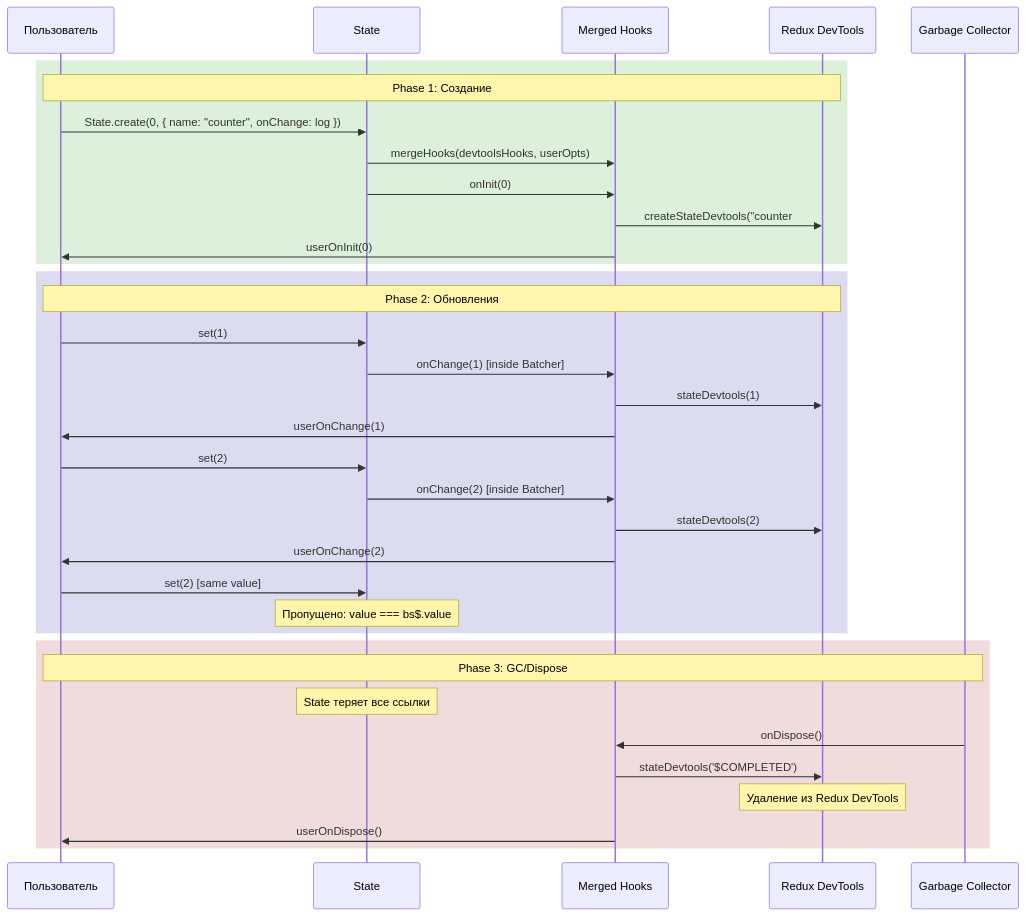
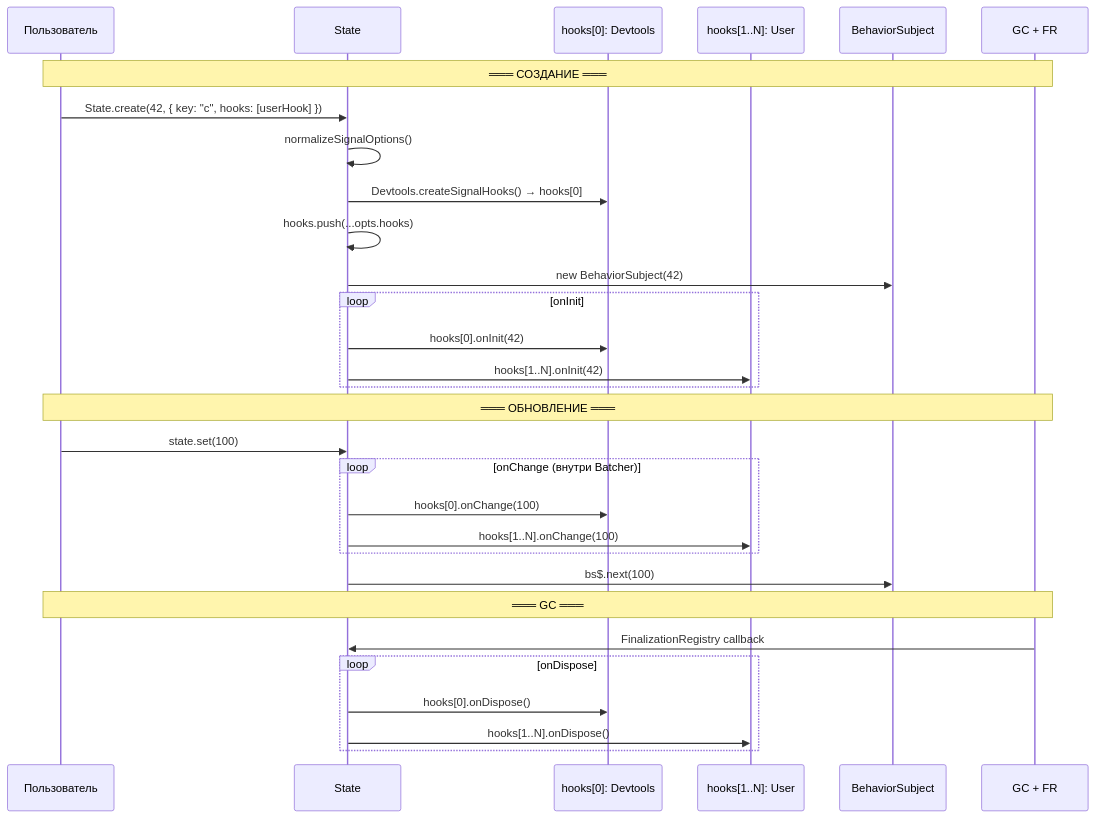
Before and after one commit to fozy-labs/rx-toolkit: the tenth of 11 diagrams in .thoughts/2026-03-11_signal-devtools-lifecycle/02-design/02-dataflow.md, drawn with Mermaid. The commit also changed other lines of this file and 9 other files, not shown here.

Commit message:
thoughts: add design for signal devtools lifecycle hooks

````diff
--- a/.thoughts/2026-03-11_signal-devtools-lifecycle/02-design/02-dataflow.md
+++ b/.thoughts/2026-03-11_signal-devtools-lifecycle/02-design/02-dataflow.md
@@ -431,42 +329,41 @@
 ```mermaid
 sequenceDiagram
     participant User as Пользователь
     participant State as State
-    participant Hooks as Merged Hooks
-    participant DT as Redux DevTools
-    participant GC as Garbage Collector
+    participant DT as hooks[0]: Devtools
+    participant UH as hooks[1..N]: User
+    participant BS as BehaviorSubject
+    participant GC as GC + FR
 
-    rect rgb(220, 240, 220)
-        Note over User,DT: Phase 1: Создание
-        User->>State: State.create(0, { name: "counter", onChange: log })
-        State->>Hooks: mergeHooks(devtoolsHooks, userOpts)
-        State->>Hooks: onInit(0)
-        Hooks->>DT: createStateDevtools("counter#i=0", 0)
-        Hooks->>User: userOnInit(0)
+    Note over User,GC: ═══ СОЗДАНИЕ ═══
+
+    User->>State: State.create(42, { key: "c", hooks: [userHook] })
+    State->>State: normalizeSignalOptions()
+    State->>DT: Devtools.createSignalHooks() → hooks[0]
+    State->>State: hooks.push(...opts.hooks)
+    State->>BS: new BehaviorSubject(42)
+
+    loop onInit
+        State->>DT: hooks[0].onInit(42)
+        State->>UH: hooks[1..N].onInit(42)
     end
 
-    rect rgb(220, 220, 240)
-        Note over User,DT: Phase 2: Обновления
-        User->>State: set(1)
-        State->>Hooks: onChange(1) [inside Batcher]
-        Hooks->>DT: stateDevtools(1)
-        Hooks->>User: userOnChange(1)
+    Note over User,GC: ═══ ОБНОВЛЕНИЕ ═══
 
-        User->>State: set(2)
-        State->>Hooks: onChange(2) [inside Batcher]
-        Hooks->>DT: stateDevtools(2)
-        Hooks->>User: userOnChange(2)
+    User->>State: state.set(100)
 
-        User->>State: set(2) [same value]
-        Note over State: Пропущено: value === bs$.value
+    loop onChange (внутри Batcher)
+        State->>DT: hooks[0].onChange(100)
+        State->>UH: hooks[1..N].onChange(100)
     end
+    State->>BS: bs$.next(100)
 
-    rect rgb(240, 220, 220)
-        Note over User,GC: Phase 3: GC/Dispose
-        Note over State: State теряет все ссылки
-        GC->>Hooks: onDispose()
-        Hooks->>DT: stateDevtools('$COMPLETED')
-        Note over DT: Удаление из Redux DevTools
-        Hooks->>User: userOnDispose()
+    Note over User,GC: ═══ GC ═══
+
+    GC->>State: FinalizationRegistry callback
+
+    loop onDispose
+        State->>DT: hooks[0].onDispose()
+        State->>UH: hooks[1..N].onDispose()
     end
 ```
````
